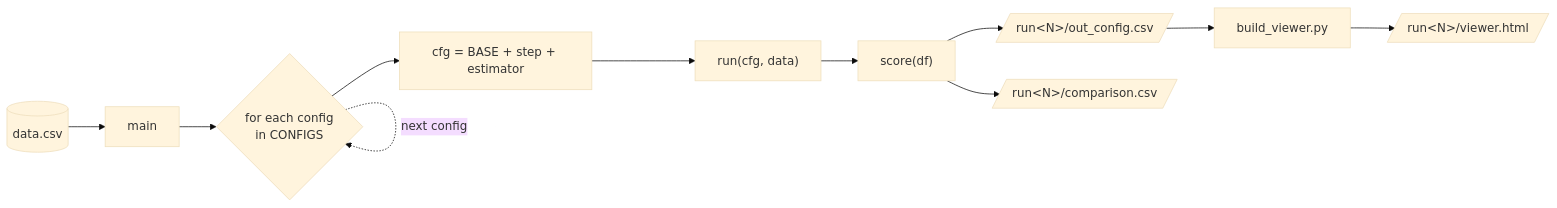
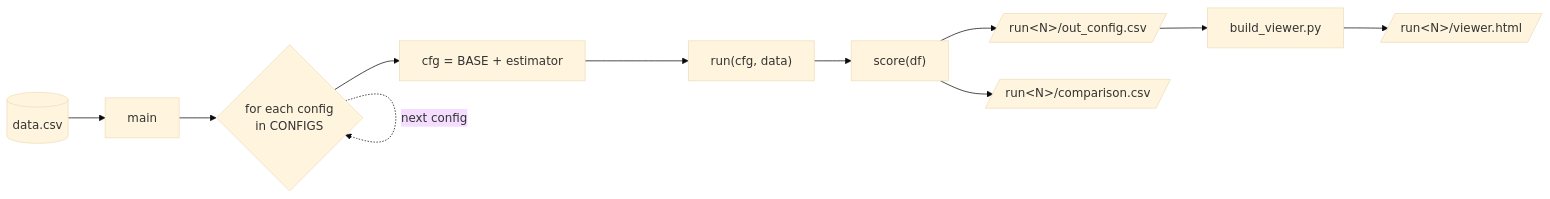
Before and after one commit to sing456123/FYP: the third of 11 diagrams in README.md, drawn with Mermaid (base theme). The commit also changed other lines of this file and 1 other file, not shown here.

````diff
--- a/README.md
+++ b/README.md
@@ -48,12 +44,12 @@
 ```mermaid
 flowchart LR
     A[(data.csv)] --> B[main]
     B --> C{for each config<br/>in CONFIGS}
-    C --> D["cfg = BASE + step + estimator"]
+    C --> D["cfg = BASE + estimator"]
     D --> E["run(cfg, data)"]
     E --> F["score(df)"]
     F --> G[/"run&lt;N&gt;/out_config.csv"/]
     F --> H[/"run&lt;N&gt;/comparison.csv"/]
     C -. next config .-> C
     G --> V["build_viewer.py"] --> VH[/"run&lt;N&gt;/viewer.html"/]
 ```
````
